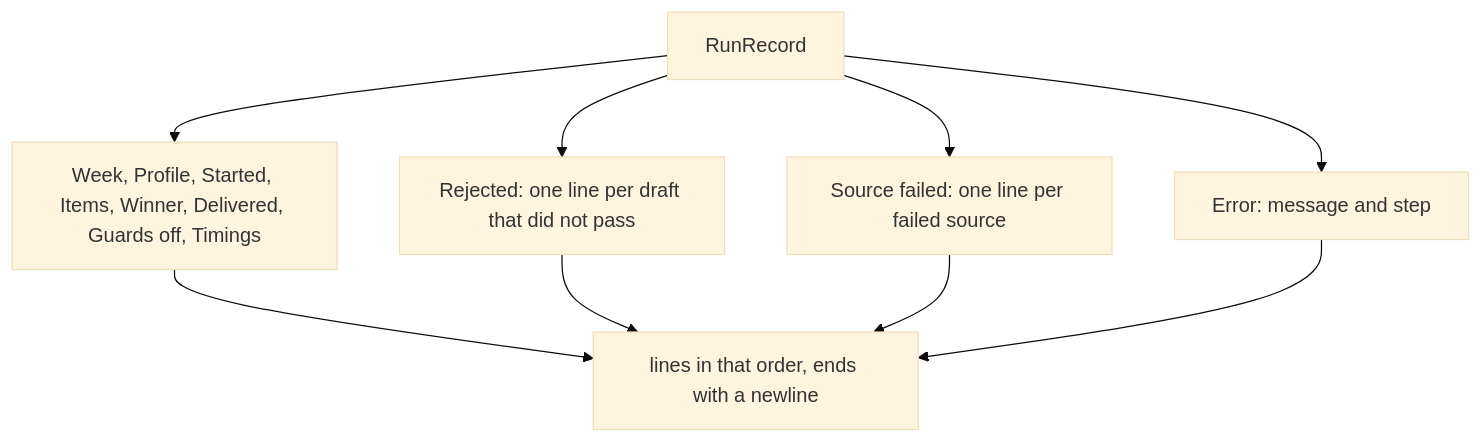
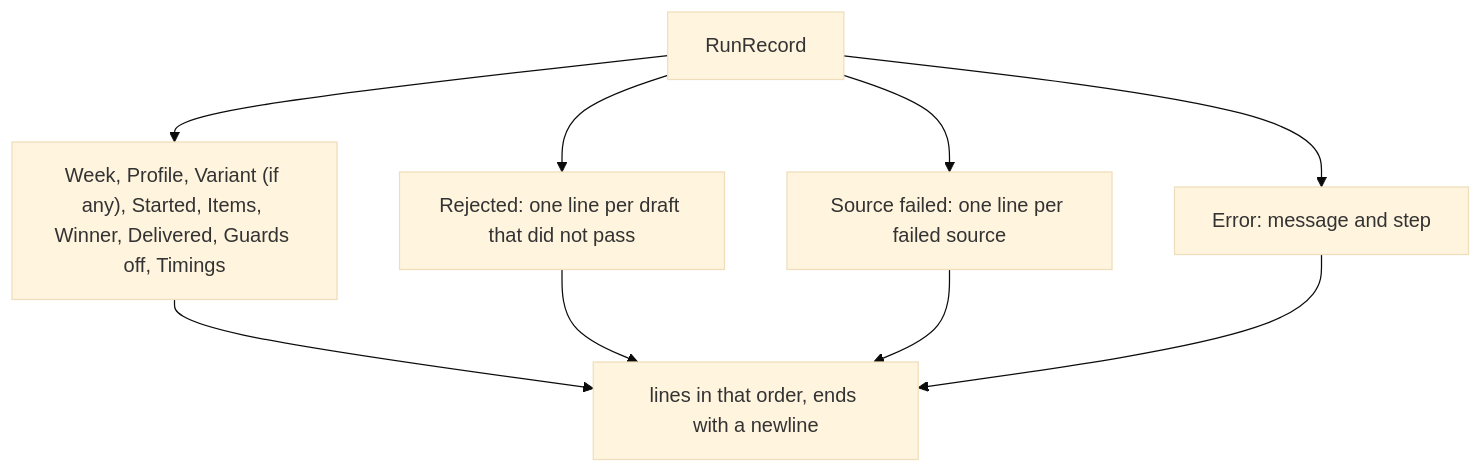
Before and after one commit to odere-pro/weekly-engineering-digest-agent: the diagram in src/cli/show/summary/CLAUDE.md, drawn with Mermaid (base theme). The commit also changed other lines of this file and 6 other files, not shown here.

First line of the commit message:
feat(cli): show which variant digest a week sent

````diff
--- a/src/cli/show/summary/CLAUDE.md
+++ b/src/cli/show/summary/CLAUDE.md
@@ -8,8 +8,8 @@
 ```mermaid
 flowchart TD
-  record["RunRecord"] --> head["Week, Profile, Started, Items, Winner, Delivered, Guards off, Timings"]
+  record["RunRecord"] --> head["Week, Profile, Variant (if any), Started, Items, Winner, Delivered, Guards off, Timings"]
   record --> rejected["Rejected: one line per draft that did not pass"]
   record --> failed["Source failed: one line per failed source"]
   record --> error["Error: message and step"]
   head & rejected & failed & error --> text["lines in that order, ends with a newline"]
 ```
````
